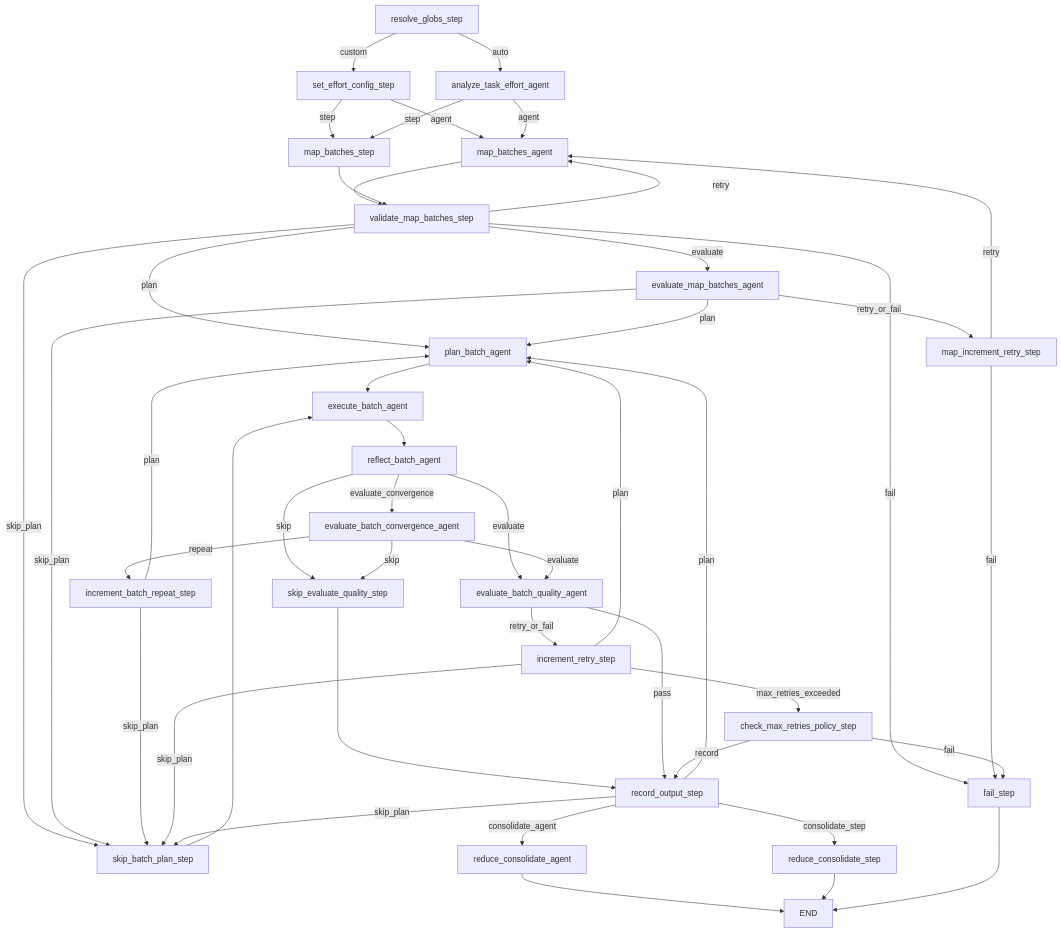
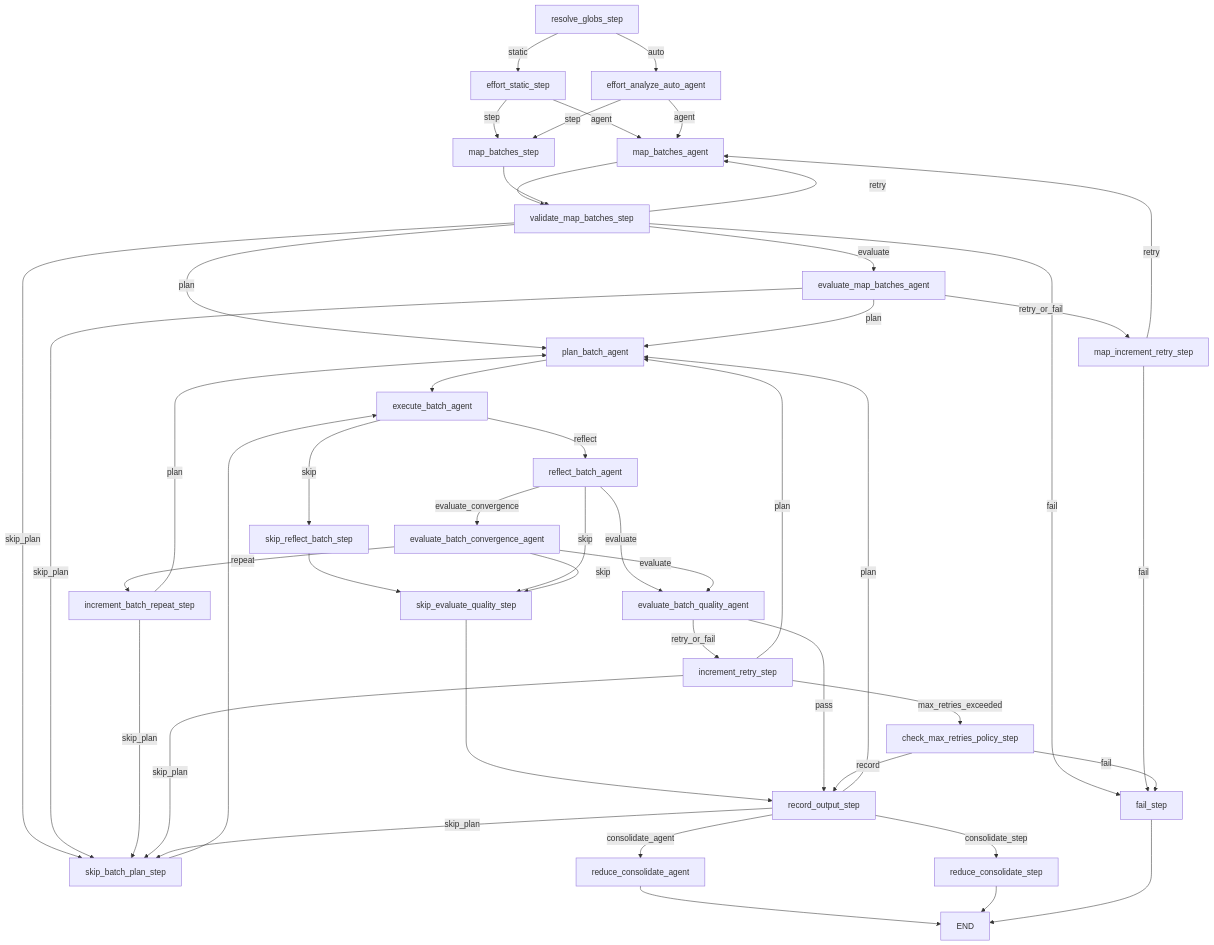
One commit to flaviostutz/deepworkflow changed the diagram in lib/src/deepworkflow/app/workflows/file_batch_workflow/README.md. Above: the diagram before and after it, drawn with Mermaid. The commit also changed 39 other files, not shown here.

````diff
--- a/lib/src/deepworkflow/app/workflows/file_batch_workflow/README.md
+++ b/lib/src/deepworkflow/app/workflows/file_batch_workflow/README.md
@@ -7,62 +7,65 @@
 ```mermaid
 graph TD
-    resolve_globs_step --> |custom| set_effort_config_step
-    resolve_globs_step --> |auto| analyze_task_effort_agent
+    resolve_globs_step --> |static| effort_static_step
+    resolve_globs_step --> |auto| effort_analyze_auto_agent
 
-    set_effort_config_step --> |agent| map_batches_agent
-    set_effort_config_step --> |step| map_batches_step
-    analyze_task_effort_agent --> |agent| map_batches_agent
-    analyze_task_effort_agent --> |step| map_batches_step
+    effort_static_step --> |agent| map_batches_agent
+    effort_static_step --> |step| map_batches_step
+    effort_analyze_auto_agent --> |agent| map_batches_agent
+    effort_analyze_auto_agent --> |step| map_batches_step
 
     map_batches_agent --> validate_map_batches_step
     map_batches_step --> validate_map_batches_step
 
     validate_map_batches_step --> |fail| fail_step
     validate_map_batches_step --> |retry| map_batches_agent
     validate_map_batches_step --> |evaluate| evaluate_map_batches_agent
     validate_map_batches_step --> |plan| plan_batch_agent
     validate_map_batches_step --> |skip_plan| skip_batch_plan_step
 
     evaluate_map_batches_agent --> |plan| plan_batch_agent
     evaluate_map_batches_agent --> |skip_plan| skip_batch_plan_step
     evaluate_map_batches_agent --> |retry_or_fail| map_increment_retry_step
 
     map_increment_retry_step --> |retry| map_batches_agent
     map_increment_retry_step --> |fail| fail_step
 
     plan_batch_agent --> execute_batch_agent
     skip_batch_plan_step --> execute_batch_agent
-    execute_batch_agent --> reflect_batch_agent
+    execute_batch_agent --> |reflect| reflect_batch_agent
+    execute_batch_agent --> |skip| skip_reflect_batch_step
+
+    skip_reflect_batch_step --> skip_evaluate_quality_step
 
     reflect_batch_agent --> |evaluate_convergence| evaluate_batch_convergence_agent
     reflect_batch_agent --> |evaluate| evaluate_batch_quality_agent
     reflect_batch_agent --> |skip| skip_evaluate_quality_step
 
     evaluate_batch_convergence_agent --> |repeat| increment_batch_repeat_step
     evaluate_batch_convergence_agent --> |evaluate| evaluate_batch_quality_agent
     evaluate_batch_convergence_agent --> |skip| skip_evaluate_quality_step
 
     increment_batch_repeat_step --> |plan| plan_batch_agent
     increment_batch_repeat_step --> |skip_plan| skip_batch_plan_step
 
     skip_evaluate_quality_step --> record_output_step
 
     evaluate_batch_quality_agent --> |pass| record_output_step
     evaluate_batch_quality_agent --> |retry_or_fail| increment_retry_step
 
     increment_retry_step --> |plan| plan_batch_agent
     increment_retry_step --> |skip_plan| skip_batch_plan_step
     increment_retry_step --> |max_retries_exceeded| check_max_retries_policy_step
 
     check_max_retries_policy_step --> |fail| fail_step
     check_max_retries_policy_step --> |record| record_output_step
 
     record_output_step --> |plan| plan_batch_agent
     record_output_step --> |skip_plan| skip_batch_plan_step
     record_output_step --> |consolidate_agent| reduce_consolidate_agent
     record_output_step --> |consolidate_step| reduce_consolidate_step
 
     reduce_consolidate_agent --> END
     reduce_consolidate_step --> END
     fail_step --> END
 ```
````
